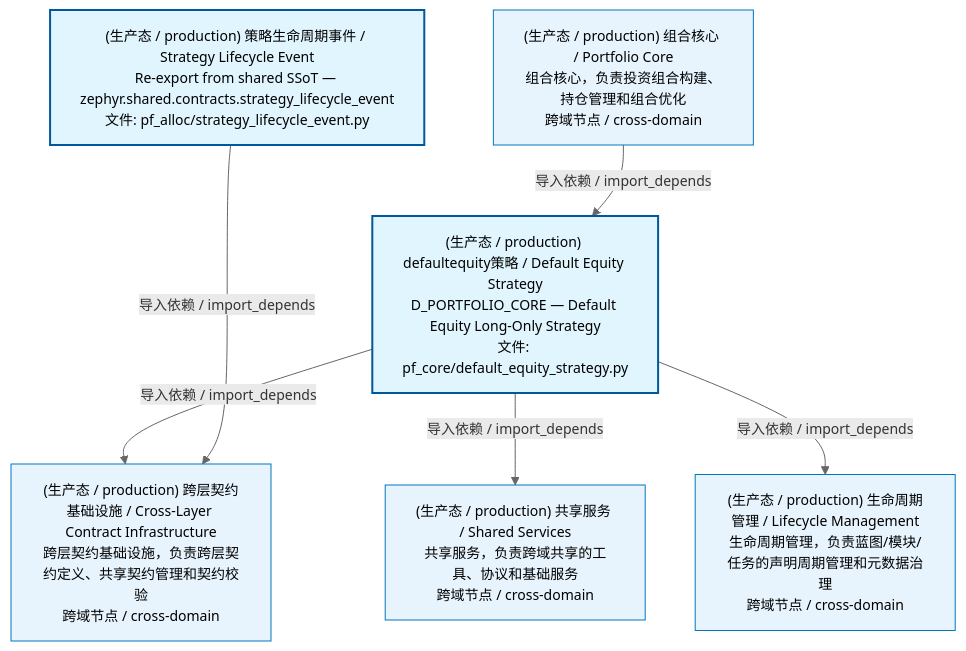
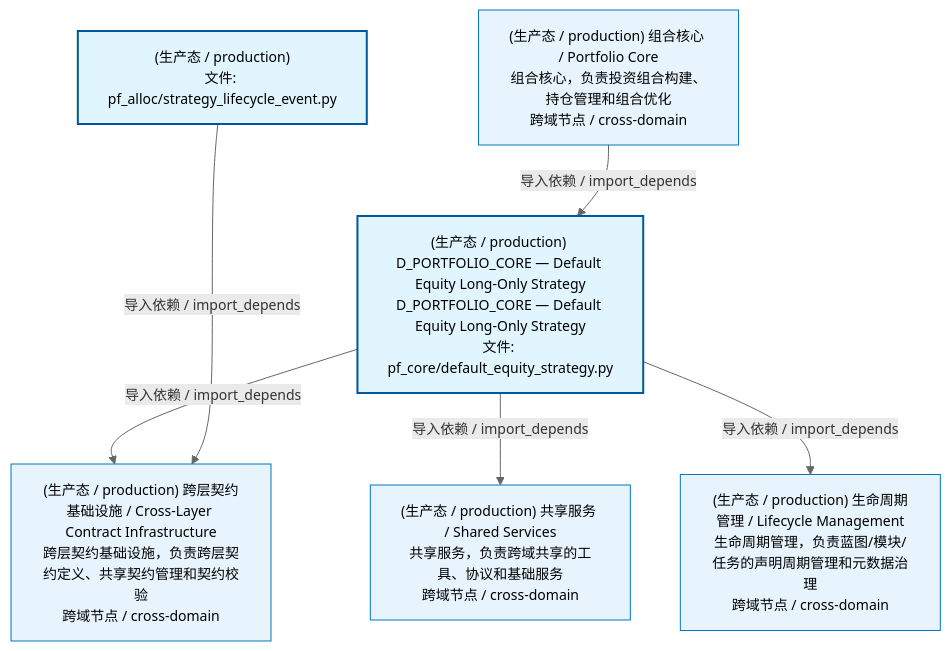
The second of 4 diagrams in docs/02_enterprise_architecture/02_domain_architecture_docs/62_d_pf_alloc.md (xuanFelixVan/ZephyrAlpha), drawn with Mermaid before and after one commit. The commit also changed other lines of this file and 75 other files, not shown here.

````diff
--- a/docs/02_enterprise_architecture/02_domain_architecture_docs/62_d_pf_alloc.md
+++ b/docs/02_enterprise_architecture/02_domain_architecture_docs/62_d_pf_alloc.md
@@ -53,22 +88,22 @@
 ```mermaid
 %%{init: {'theme': 'base', 'themeVariables': {'primaryColor': '#eaeaea', 'primaryTextColor': '#333333', 'primaryBorderColor': '#666666', 'lineColor': '#666666', 'secondaryColor': '#eaeaea', 'tertiaryColor': '#eaeaea', 'fontSize': '14px'}}}%%
 flowchart TD
-    src_zephyr_pf_alloc_strategy_lifecycle_event_py["(生产态 / production) 策略生命周期事件 / Strategy Lifecycle Event<br/>Re-export from shared SSoT — zephyr.shared.contracts.strategy_lifecycle_event<br/>文件: pf_alloc/strategy_lifecycle_event.py"]
-    src_zephyr_pf_core_default_equity_strategy_py["(生产态 / production) defaultequity策略 / Default Equity Strategy<br/>D_PORTFOLIO_CORE — Default Equity Long-Only Strategy<br/>文件: pf_core/default_equity_strategy.py"]
+    src_zephyr_pf_alloc_strategy_lifecycle_event_py["(生产态 / production)<br/>文件: pf_alloc/strategy_lifecycle_event.py"]
+    src_zephyr_pf_core_default_equity_strategy_py["(生产态 / production) D_PORTFOLIO_CORE — Default Equity Long-Only Strategy<br/>D_PORTFOLIO_CORE — Default Equity Long-Only Strategy<br/>文件: pf_core/default_equity_strategy.py"]
     src_zephyr_pf_alloc_strategy_lifecycle_event_py ~~~ src_zephyr_pf_core_default_equity_strategy_py
     D_INFRASTRUCTURE["(生产态 / production) 跨层契约基础设施 / Cross-Layer Contract Infrastructure<br/>跨层契约基础设施，负责跨层契约定义、共享契约管理和契约校验<br/>跨域节点 / cross-domain"]
     src_zephyr_pf_core_default_equity_strategy_py -->|导入依赖 / import_depends| D_INFRASTRUCTURE
     D_SHARED["(生产态 / production) 共享服务 / Shared Services<br/>共享服务，负责跨域共享的工具、协议和基础服务<br/>跨域节点 / cross-domain"]
     src_zephyr_pf_core_default_equity_strategy_py -->|导入依赖 / import_depends| D_SHARED
     D_GOVERNANCE["(生产态 / production) 生命周期管理 / Lifecycle Management<br/>生命周期管理，负责蓝图/模块/任务的声明周期管理和元数据治理<br/>跨域节点 / cross-domain"]
     src_zephyr_pf_core_default_equity_strategy_py -->|导入依赖 / import_depends| D_GOVERNANCE
     src_zephyr_pf_alloc_strategy_lifecycle_event_py -->|导入依赖 / import_depends| D_INFRASTRUCTURE
     D_PF_CORE["(生产态 / production) 组合核心 / Portfolio Core<br/>组合核心，负责投资组合构建、持仓管理和组合优化<br/>跨域节点 / cross-domain"]
     D_PF_CORE -->|导入依赖 / import_depends| src_zephyr_pf_core_default_equity_strategy_py
     classDef production fill:#e1f5fe,stroke:#01579b,stroke-width:2px,color:#000
     classDef design fill:#fff3e0,stroke:#e65100,stroke-width:2px,color:#000,stroke-dasharray: 5 5
     classDef external_prod fill:#e8f4fd,stroke:#0277bd,stroke-width:1px,color:#000
     classDef external_design fill:#fff8e7,stroke:#ef6c00,stroke-width:1px,color:#000,stroke-dasharray: 5 5
     class src_zephyr_pf_alloc_strategy_lifecycle_event_py,src_zephyr_pf_core_default_equity_strategy_py production
     class D_INFRASTRUCTURE,D_SHARED,D_GOVERNANCE,D_PF_CORE external_prod
 ```
````
